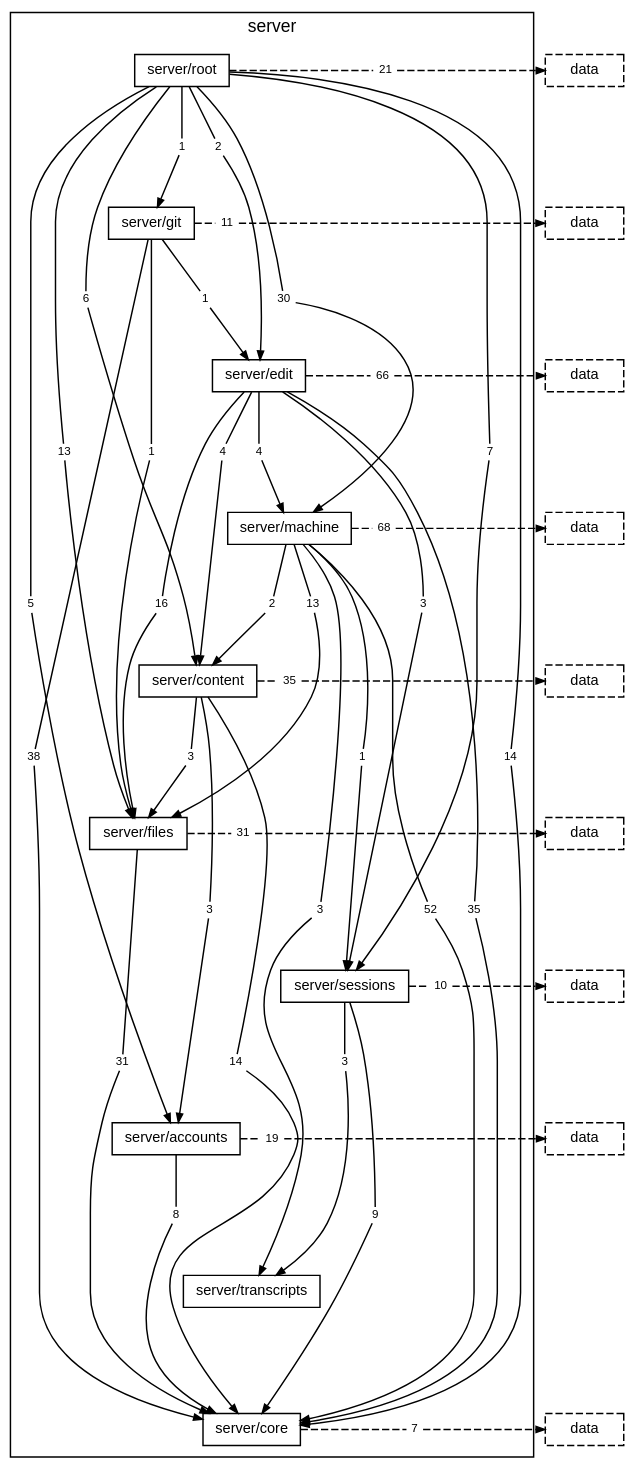
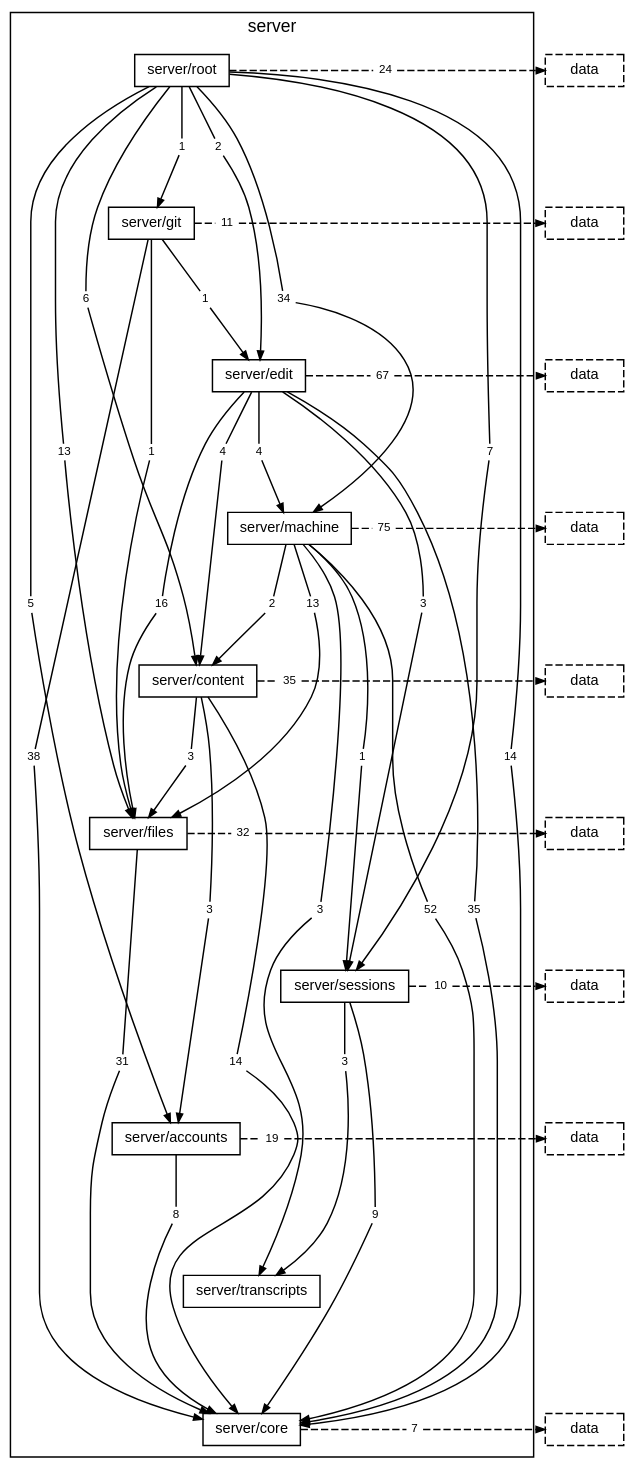
One commit to TheAxeC/oculus changed the diagram in docs/diagrams/layer-server.dot. Above: the diagram before and after it, drawn with Graphviz. The commit also changed 162 other files, not shown here.

```diff
--- a/docs/diagrams/layer-server.dot
+++ b/docs/diagrams/layer-server.dot
@@ -20,9 +20,9 @@
         "folder server/root to folder server/edit" [label="2", shape=box, color="transparent", fontsize=8, width=0, height=0, margin="0.04,0.02"];
         "folder server/root to folder server/files" [label="13", shape=box, color="transparent", fontsize=8, width=0, height=0, margin="0.04,0.02"];
         "folder server/root to folder server/git" [label="1", shape=box, color="transparent", fontsize=8, width=0, height=0, margin="0.04,0.02"];
-        "folder server/root to folder server/machine" [label="30", shape=box, color="transparent", fontsize=8, width=0, height=0, margin="0.04,0.02"];
+        "folder server/root to folder server/machine" [label="34", shape=box, color="transparent", fontsize=8, width=0, height=0, margin="0.04,0.02"];
         "folder server/root to folder server/sessions" [label="7", shape=box, color="transparent", fontsize=8, width=0, height=0, margin="0.04,0.02"];
-        "folder server/root to layer data" [label="21", shape=box, color="transparent", fontsize=8, width=0, height=0, margin="0.04,0.02"];
+        "folder server/root to layer data" [label="24", shape=box, color="transparent", fontsize=8, width=0, height=0, margin="0.04,0.02"];
         "folder server/git to folder server/core" [label="38", shape=box, color="transparent", fontsize=8, width=0, height=0, margin="0.04,0.02"];
         "folder server/git to folder server/edit" [label="1", shape=box, color="transparent", fontsize=8, width=0, height=0, margin="0.04,0.02"];
         "folder server/git to folder server/files" [label="1", shape=box, color="transparent", fontsize=8, width=0, height=0, margin="0.04,0.02"];
@@ -32,19 +32,19 @@
         "folder server/edit to folder server/files" [label="16", shape=box, color="transparent", fontsize=8, width=0, height=0, margin="0.04,0.02"];
         "folder server/edit to folder server/machine" [label="4", shape=box, color="transparent", fontsize=8, width=0, height=0, margin="0.04,0.02"];
         "folder server/edit to folder server/sessions" [label="3", shape=box, color="transparent", fontsize=8, width=0, height=0, margin="0.04,0.02"];
-        "folder server/edit to layer data" [label="66", shape=box, color="transparent", fontsize=8, width=0, height=0, margin="0.04,0.02"];
+        "folder server/edit to layer data" [label="67", shape=box, color="transparent", fontsize=8, width=0, height=0, margin="0.04,0.02"];
         "folder server/machine to folder server/content" [label="2", shape=box, color="transparent", fontsize=8, width=0, height=0, margin="0.04,0.02"];
         "folder server/machine to folder server/core" [label="52", shape=box, color="transparent", fontsize=8, width=0, height=0, margin="0.04,0.02"];
         "folder server/machine to folder server/files" [label="13", shape=box, color="transparent", fontsize=8, width=0, height=0, margin="0.04,0.02"];
         "folder server/machine to folder server/sessions" [label="1", shape=box, color="transparent", fontsize=8, width=0, height=0, margin="0.04,0.02"];
         "folder server/machine to folder server/transcripts" [label="3", shape=box, color="transparent", fontsize=8, width=0, height=0, margin="0.04,0.02"];
-        "folder server/machine to layer data" [label="68", shape=box, color="transparent", fontsize=8, width=0, height=0, margin="0.04,0.02"];
+        "folder server/machine to layer data" [label="75", shape=box, color="transparent", fontsize=8, width=0, height=0, margin="0.04,0.02"];
         "folder server/content to folder server/accounts" [label="3", shape=box, color="transparent", fontsize=8, width=0, height=0, margin="0.04,0.02"];
         "folder server/content to folder server/core" [label="14", shape=box, color="transparent", fontsize=8, width=0, height=0, margin="0.04,0.02"];
         "folder server/content to folder server/files" [label="3", shape=box, color="transparent", fontsize=8, width=0, height=0, margin="0.04,0.02"];
         "folder server/content to layer data" [label="35", shape=box, color="transparent", fontsize=8, width=0, height=0, margin="0.04,0.02"];
         "folder server/files to folder server/core" [label="31", shape=box, color="transparent", fontsize=8, width=0, height=0, margin="0.04,0.02"];
-        "folder server/files to layer data" [label="31", shape=box, color="transparent", fontsize=8, width=0, height=0, margin="0.04,0.02"];
+        "folder server/files to layer data" [label="32", shape=box, color="transparent", fontsize=8, width=0, height=0, margin="0.04,0.02"];
         "folder server/sessions to folder server/core" [label="9", shape=box, color="transparent", fontsize=8, width=0, height=0, margin="0.04,0.02"];
         "folder server/sessions to folder server/transcripts" [label="3", shape=box, color="transparent", fontsize=8, width=0, height=0, margin="0.04,0.02"];
         "folder server/sessions to layer data" [label="10", shape=box, color="transparent", fontsize=8, width=0, height=0, margin="0.04,0.02"];
```
